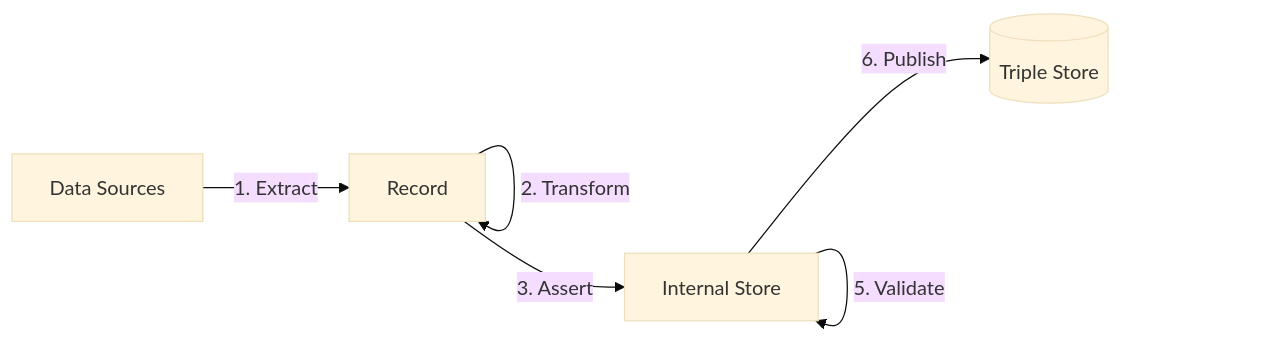
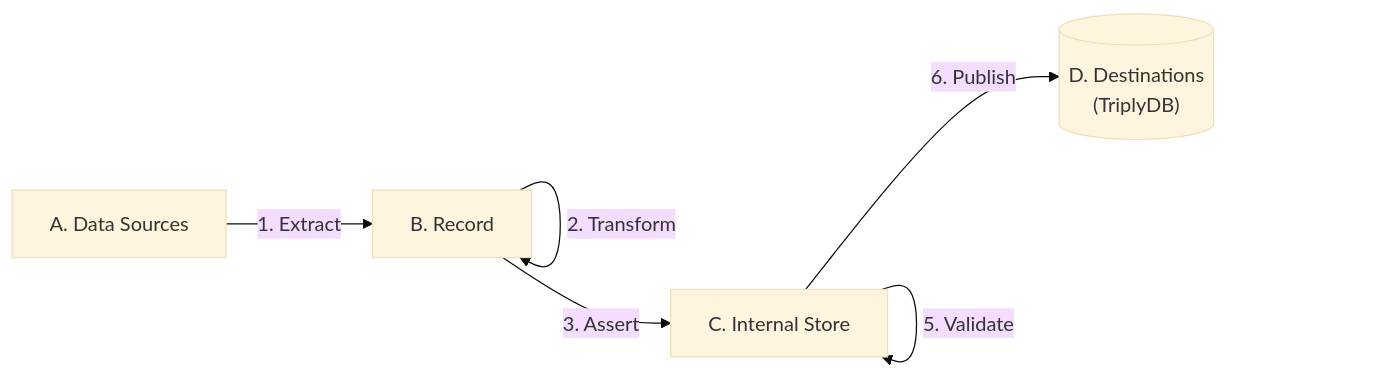
One commit to TriplyDB/Documentation changed the diagram in docs/triply-etl/enrich/index.md. Above: the diagram before and after it, drawn with Mermaid (base theme). The commit also changed other lines of this file and 30 other files, not shown here.

````diff
--- a/docs/triply-etl/enrich/index.md
+++ b/docs/triply-etl/enrich/index.md
@@ -7,15 +7,15 @@
 ```mermaid
 graph LR
-  source -- 1. Extract --> record
+  sources -- 1. Extract --> record
   record -- 2. Transform --> record
   record -- 3. Assert --> ld
   ld -- 4. Enrich --> ld
   ld -- 5. Validate --> ld
-  ld -- 6. Publish --> tdb
+  ld -- 6. Publish --> destinations
 
   linkStyle 3 stroke:red,stroke-width:3px;
-  ld[Internal Store]
-  record[Record]
-  source[Data Sources]
-  tdb[(Triple Store)]
+  destinations[("D. Destinations\n(TriplyDB)")]
+  ld[C. Internal Store]
+  record[B. Record]
+  sources[A. Data Sources]
 ```
````
